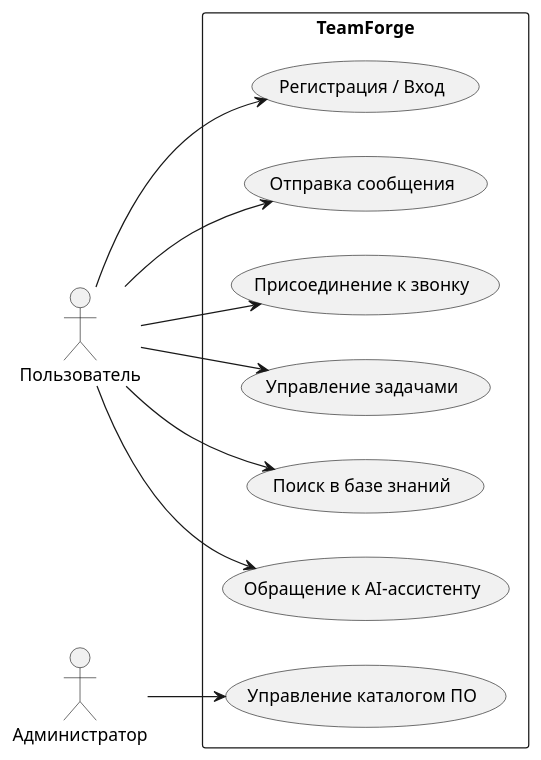
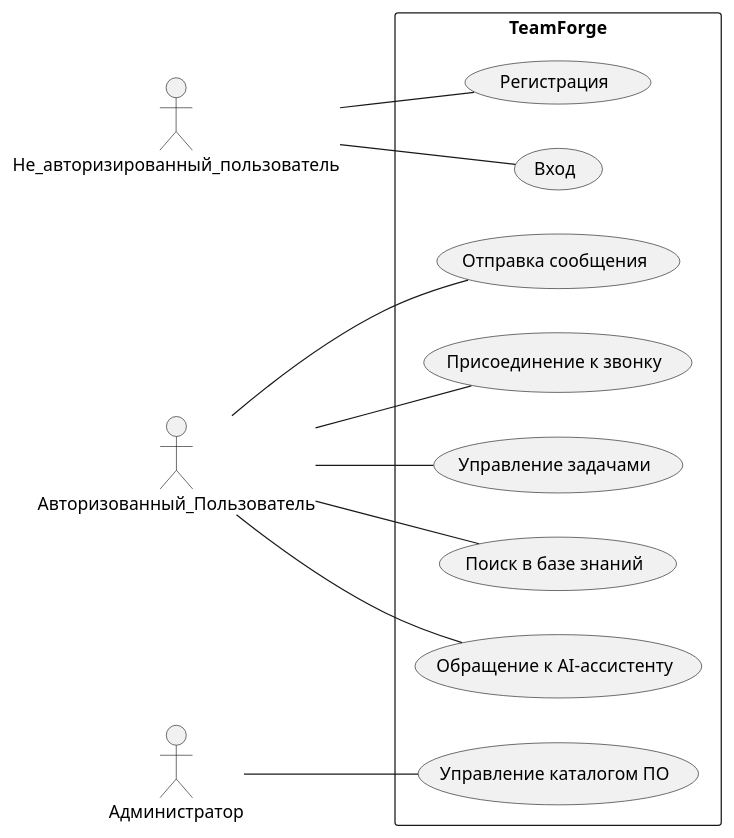
One commit to Valerijkk/TeamForge-web changed the diagram in Use Case diagram.puml. Above: the diagram before and after it, drawn with PlantUML.

Commit message:
диаграммы)

```diff
--- a/Use Case diagram.puml
+++ b/Use Case diagram.puml
@@ -1,23 +1,26 @@
 @startuml usecase-diagram
 left to right direction
-actor Пользователь as User
+actor Не_авторизированный_пользователь as User1
+actor Авторизованный_Пользователь as User
 actor Администратор as Admin
 
 rectangle TeamForge {
-  (Регистрация / Вход) as UC1
+  (Регистрация) as UC1
+  (Вход) as UC9
   (Отправка сообщения) as UC2
   (Присоединение к звонку) as UC3
   (Управление задачами) as UC4
   (Поиск в базе знаний) as UC5
   (Обращение к AI-ассистенту) as UC6
   (Управление каталогом ПО) as UC8
 }
 
-User --> UC1
-User --> UC2
-User --> UC3
-User --> UC4
-User --> UC5
-User --> UC6
-Admin --> UC8
+User -- UC2
+User -- UC3
+User -- UC4
+User -- UC5
+User -- UC6
+Admin -- UC8
+User1 -- UC1
+User1 -- UC9
 @enduml
```
